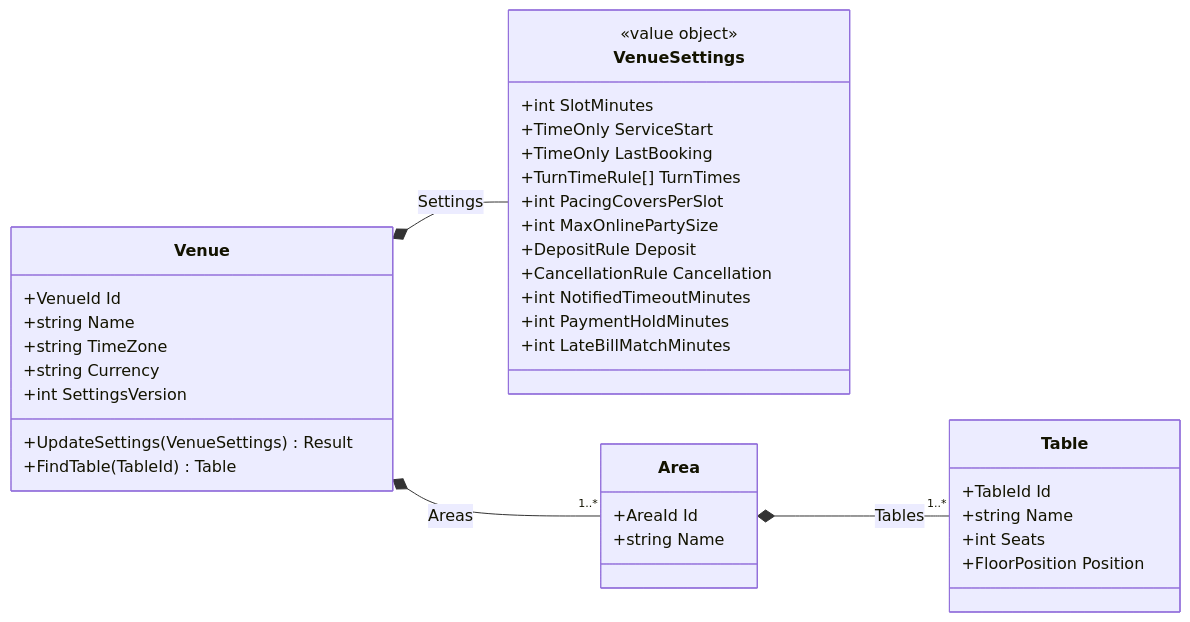
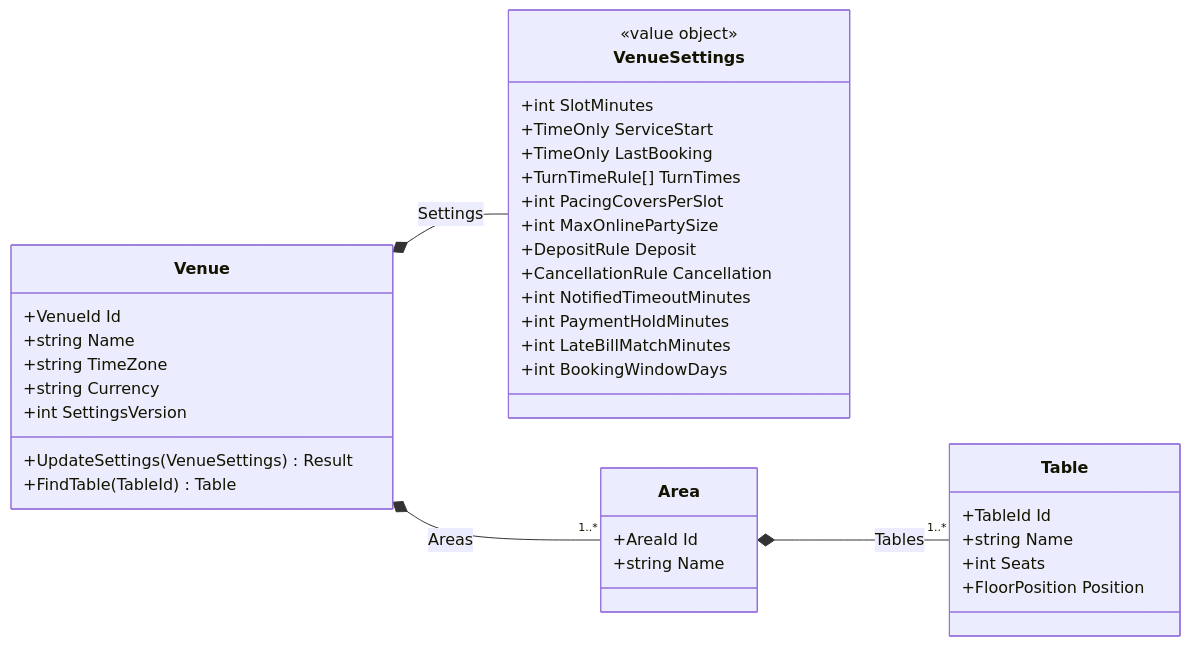
One commit to ring9834/TableReservation changed the second of 28 diagrams in docs/Design.md. Above: the diagram before and after it, drawn with Mermaid. The commit also changed other lines of this file and 60 other files, not shown here.

````diff
--- a/docs/Design.md
+++ b/docs/Design.md
@@ -161,40 +162,41 @@
 ```mermaid
 classDiagram
     direction LR
     class Venue {
         +VenueId Id
         +string Name
         +string TimeZone
         +string Currency
         +int SettingsVersion
         +UpdateSettings(VenueSettings) Result
         +FindTable(TableId) Table
     }
     class VenueSettings {
         <<value object>>
         +int SlotMinutes
         +TimeOnly ServiceStart
         +TimeOnly LastBooking
         +TurnTimeRule[] TurnTimes
         +int PacingCoversPerSlot
         +int MaxOnlinePartySize
         +DepositRule Deposit
         +CancellationRule Cancellation
         +int NotifiedTimeoutMinutes
         +int PaymentHoldMinutes
         +int LateBillMatchMinutes
+        +int BookingWindowDays
     }
     class Area {
         +AreaId Id
         +string Name
     }
     class Table {
         +TableId Id
         +string Name
         +int Seats
         +FloorPosition Position
     }
     Venue *-- VenueSettings : Settings
     Venue *-- "1..*" Area : Areas
     Area *-- "1..*" Table : Tables
 ```
````
